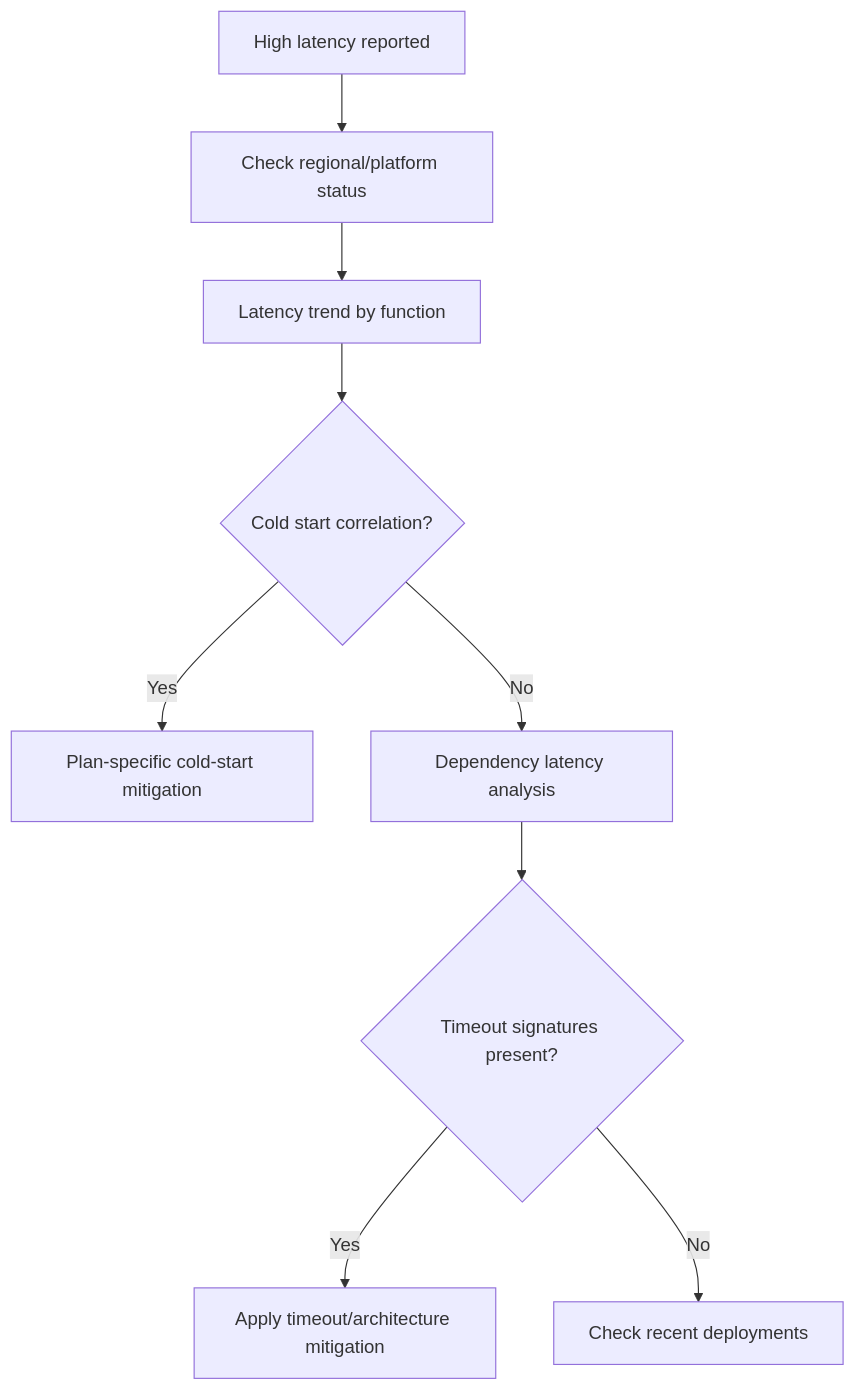
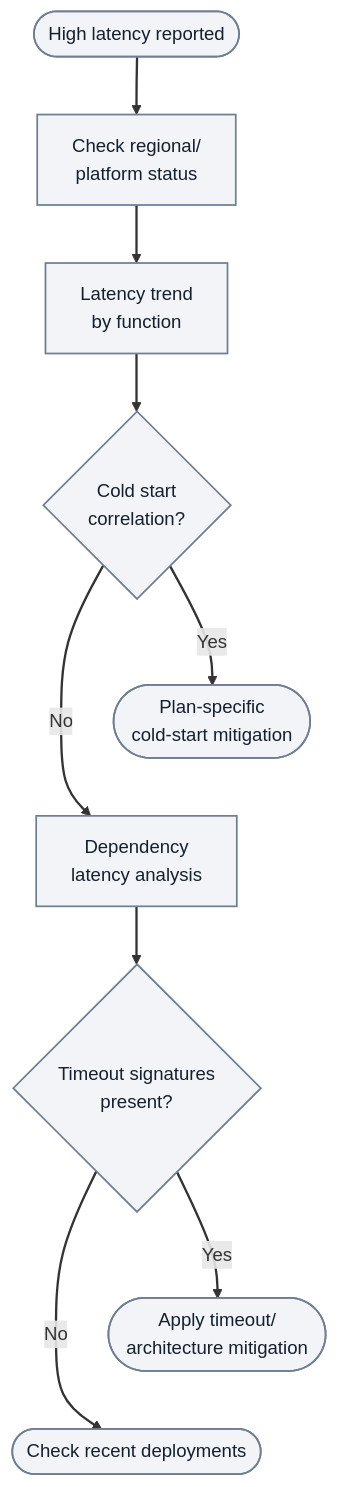
The diagram in docs/troubleshooting/first-10-minutes/high-latency.md (yeongseon/azure-functions-practical-guide), drawn with Mermaid before and after one commit. The commit also changed 4 other files, not shown here.

First line of the commit message:
docs(diagrams): migrate Functions troubleshooting overview — architecture components reference and decision tree and related diagnostics (#455)

````diff
--- a/docs/troubleshooting/first-10-minutes/high-latency.md
+++ b/docs/troubleshooting/first-10-minutes/high-latency.md
@@ -72,11 +72,19 @@
 ```mermaid
 flowchart TD
-    A[High latency reported] --> B["Check regional/platform status"]
-    B --> C[Latency trend by function]
-    C --> D{Cold start correlation?}
-    D -->|Yes| E[Plan-specific cold-start mitigation]
-    D -->|No| F[Dependency latency analysis]
-    F --> G{Timeout signatures present?}
-    G -->|Yes| H["Apply timeout/architecture mitigation"]
-    G -->|No| I[Check recent deployments]
+    accTitle: First ten minutes of high-latency triage
+    accDescr: Illustrative investigation order: regional or platform status, function latency trends, then cold-start correlation. Yes routes to plan-specific mitigation; No to dependency analysis and timeout signatures. Timeout signatures route to timeout or architecture mitigation; otherwise check recent deployments. These checks guide hypotheses, not confirmed causes.
+    A(["High latency reported"]) --> B["Check regional/<br/>platform status"]
+    B --> C["Latency trend<br/>by function"]
+    C --> D{"Cold start<br/>correlation?"}
+    D -->|Yes| E(["Plan-specific<br/>cold-start mitigation"])
+    D -->|No| F["Dependency<br/>latency analysis"]
+    F --> G{"Timeout signatures<br/>present?"}
+    G -->|Yes| H(["Apply timeout/<br/>architecture mitigation"])
+    G -->|No| I(["Check recent deployments"])
+    %% Layout-only links tier alternatives; they add no diagnostic steps or arrows.
+    E ~~~ F
+    H ~~~ I
+    classDef baseNeutral fill:#f2f4f8,stroke:#707e93,stroke-width:1.5px,color:#14202e;
+    class A,B,C,D,E,F,G,H,I baseNeutral;
+    linkStyle default stroke-width:2px;
 ```
````
